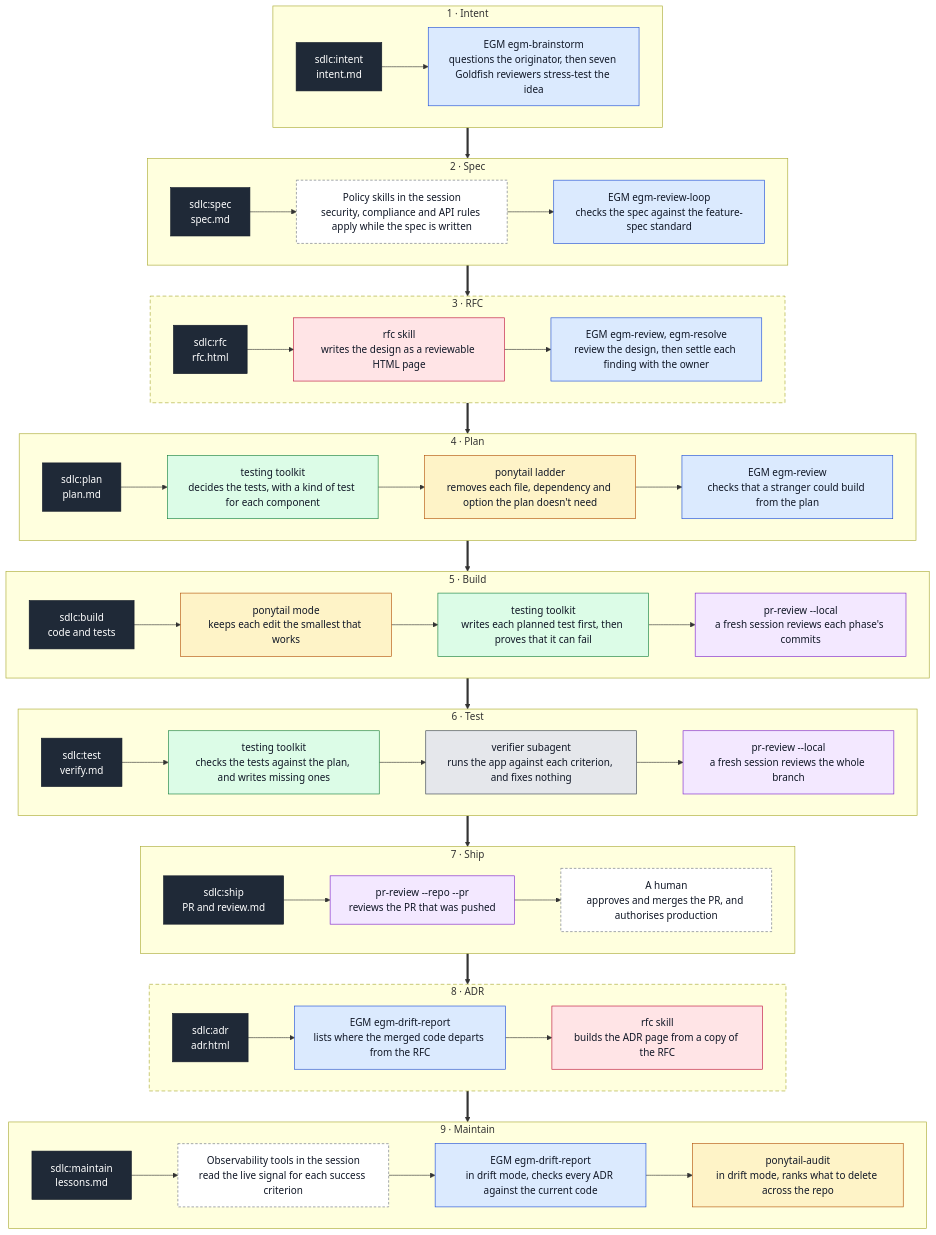
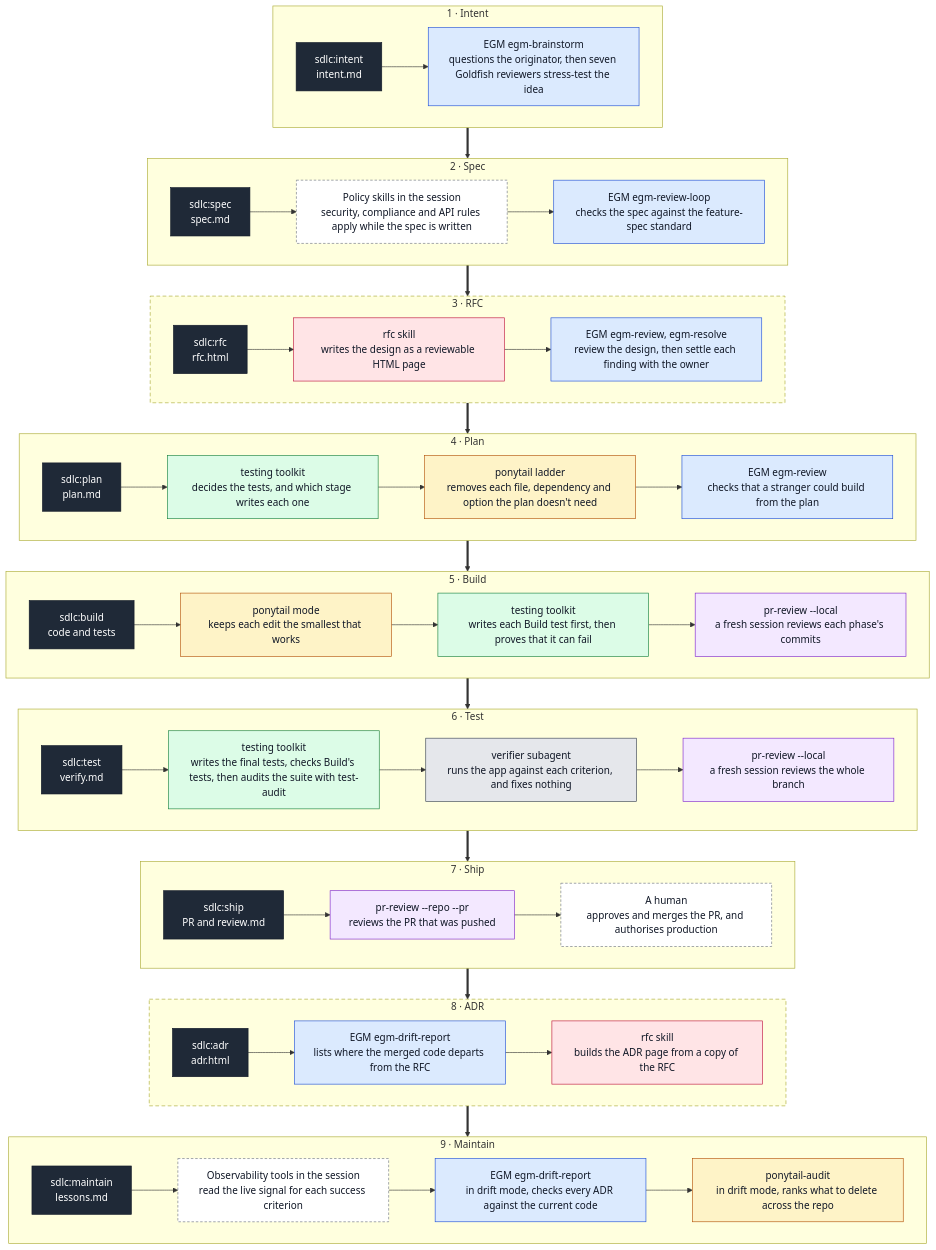
The first of 7 diagrams in README.md (aasimsani/sdlc-toolkit), drawn with Mermaid before and after one commit. The commit also changed other lines of this file, not shown here.

First line of the commit message:
docs(core): describe the two sets of tests and the audit in the README

````diff
--- a/README.md
+++ b/README.md
@@ -53,52 +53,52 @@
 ```mermaid
 %%{init: {"flowchart": {"wrappingWidth": 280}}}%%
 flowchart TB
     classDef stage fill:#1f2937,stroke:#111827,color:#ffffff
     classDef egm fill:#dbeafe,stroke:#1d4ed8,color:#111827
     classDef rfc fill:#ffe4e6,stroke:#be123c,color:#111827
     classDef tt fill:#dcfce7,stroke:#15803d,color:#111827
     classDef pony fill:#fef3c7,stroke:#b45309,color:#111827
     classDef prr fill:#f3e8ff,stroke:#7e22ce,color:#111827
     classDef own fill:#e5e7eb,stroke:#374151,color:#111827
     classDef other fill:#ffffff,stroke:#6b7280,color:#111827,stroke-dasharray: 4 3
 
     subgraph S1["1 · Intent"]
         direction LR
         a0["sdlc:intent<br/>intent.md"]:::stage --> a1["EGM egm-brainstorm<br/>questions the originator, then seven Goldfish reviewers stress-test the idea"]:::egm
     end
     subgraph S2["2 · Spec"]
         direction LR
         b0["sdlc:spec<br/>spec.md"]:::stage --> b1["Policy skills in the session<br/>security, compliance and API rules apply while the spec is written"]:::other --> b2["EGM egm-review-loop<br/>checks the spec against the feature-spec standard"]:::egm
     end
     subgraph S3["3 · RFC"]
         direction LR
         c0["sdlc:rfc<br/>rfc.html"]:::stage --> c1["rfc skill<br/>writes the design as a reviewable HTML page"]:::rfc --> c2["EGM egm-review, egm-resolve<br/>review the design, then settle each finding with the owner"]:::egm
     end
     subgraph S4["4 · Plan"]
         direction LR
-        d0["sdlc:plan<br/>plan.md"]:::stage --> d1["testing toolkit<br/>decides the tests, with a kind of test for each component"]:::tt --> d2["ponytail ladder<br/>removes each file, dependency and option the plan doesn't need"]:::pony --> d3["EGM egm-review<br/>checks that a stranger could build from the plan"]:::egm
+        d0["sdlc:plan<br/>plan.md"]:::stage --> d1["testing toolkit<br/>decides the tests, and which stage writes each one"]:::tt --> d2["ponytail ladder<br/>removes each file, dependency and option the plan doesn't need"]:::pony --> d3["EGM egm-review<br/>checks that a stranger could build from the plan"]:::egm
     end
     subgraph S5["5 · Build"]
         direction LR
-        e0["sdlc:build<br/>code and tests"]:::stage --> e1["ponytail mode<br/>keeps each edit the smallest that works"]:::pony --> e2["testing toolkit<br/>writes each planned test first, then proves that it can fail"]:::tt --> e3["pr-review --local<br/>a fresh session reviews each phase's commits"]:::prr
+        e0["sdlc:build<br/>code and tests"]:::stage --> e1["ponytail mode<br/>keeps each edit the smallest that works"]:::pony --> e2["testing toolkit<br/>writes each Build test first, then proves that it can fail"]:::tt --> e3["pr-review --local<br/>a fresh session reviews each phase's commits"]:::prr
     end
     subgraph S6["6 · Test"]
         direction LR
-        f0["sdlc:test<br/>verify.md"]:::stage --> f1["testing toolkit<br/>checks the tests against the plan, and writes missing ones"]:::tt --> f2["verifier subagent<br/>runs the app against each criterion, and fixes nothing"]:::own --> f3["pr-review --local<br/>a fresh session reviews the whole branch"]:::prr
+        f0["sdlc:test<br/>verify.md"]:::stage --> f1["testing toolkit<br/>writes the final tests, checks Build's tests, then audits the suite with test-audit"]:::tt --> f2["verifier subagent<br/>runs the app against each criterion, and fixes nothing"]:::own --> f3["pr-review --local<br/>a fresh session reviews the whole branch"]:::prr
     end
     subgraph S7["7 · Ship"]
         direction LR
         g0["sdlc:ship<br/>PR and review.md"]:::stage --> g1["pr-review --repo --pr<br/>reviews the PR that was pushed"]:::prr --> g2["A human<br/>approves and merges the PR, and authorises production"]:::other
     end
     subgraph S8["8 · ADR"]
         direction LR
         h0["sdlc:adr<br/>adr.html"]:::stage --> h1["EGM egm-drift-report<br/>lists where the merged code departs from the RFC"]:::egm --> h2["rfc skill<br/>builds the ADR page from a copy of the RFC"]:::rfc
     end
     subgraph S9["9 · Maintain"]
         direction LR
         j0["sdlc:maintain<br/>lessons.md"]:::stage --> j1["Observability tools in the session<br/>read the live signal for each success criterion"]:::other --> j2["EGM egm-drift-report<br/>in drift mode, checks every ADR against the current code"]:::egm --> j3["ponytail-audit<br/>in drift mode, ranks what to delete across the repo"]:::pony
     end
     S1 ==> S2 ==> S3 ==> S4 ==> S5 ==> S6 ==> S7 ==> S8 ==> S9
     style S3 stroke-dasharray: 6 4
     style S8 stroke-dasharray: 6 4
 ```
````
